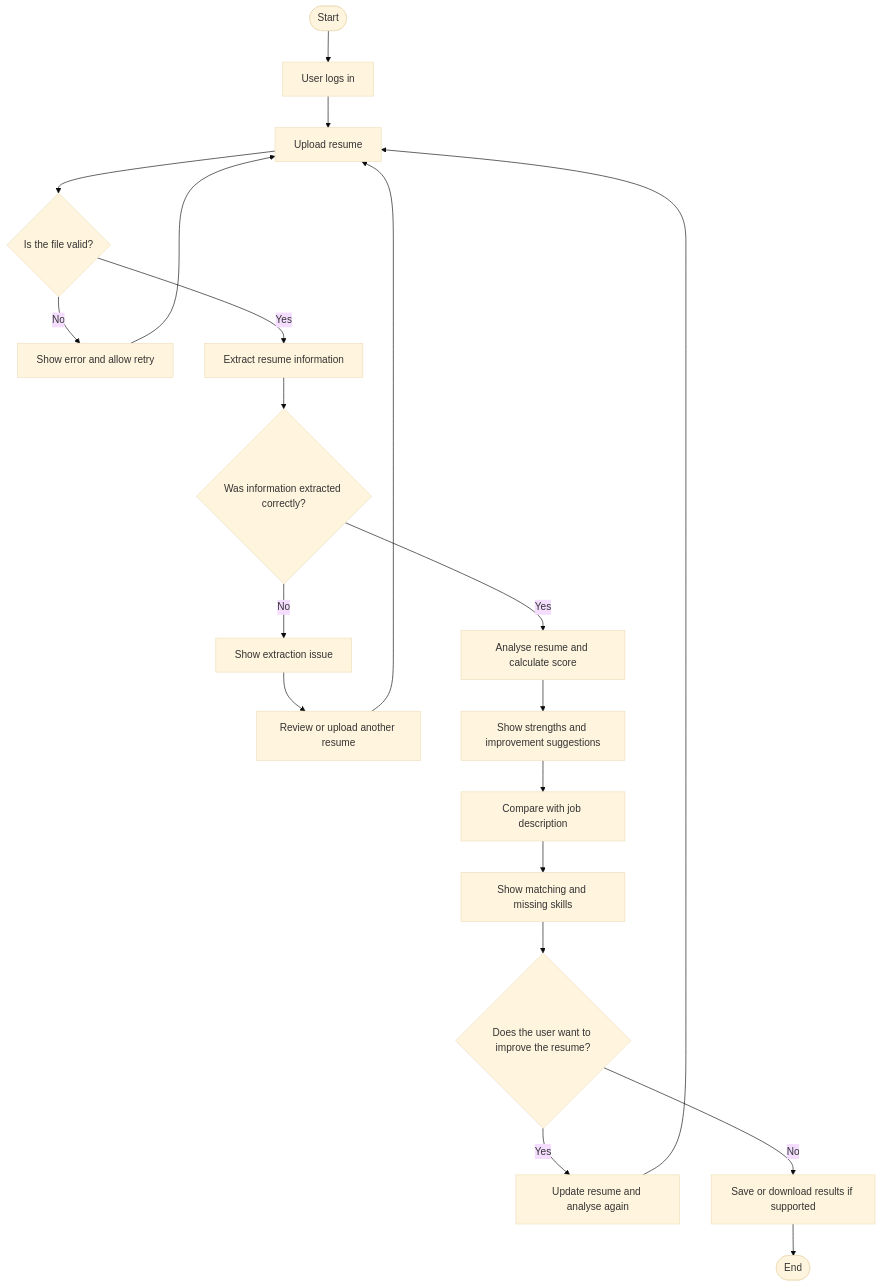
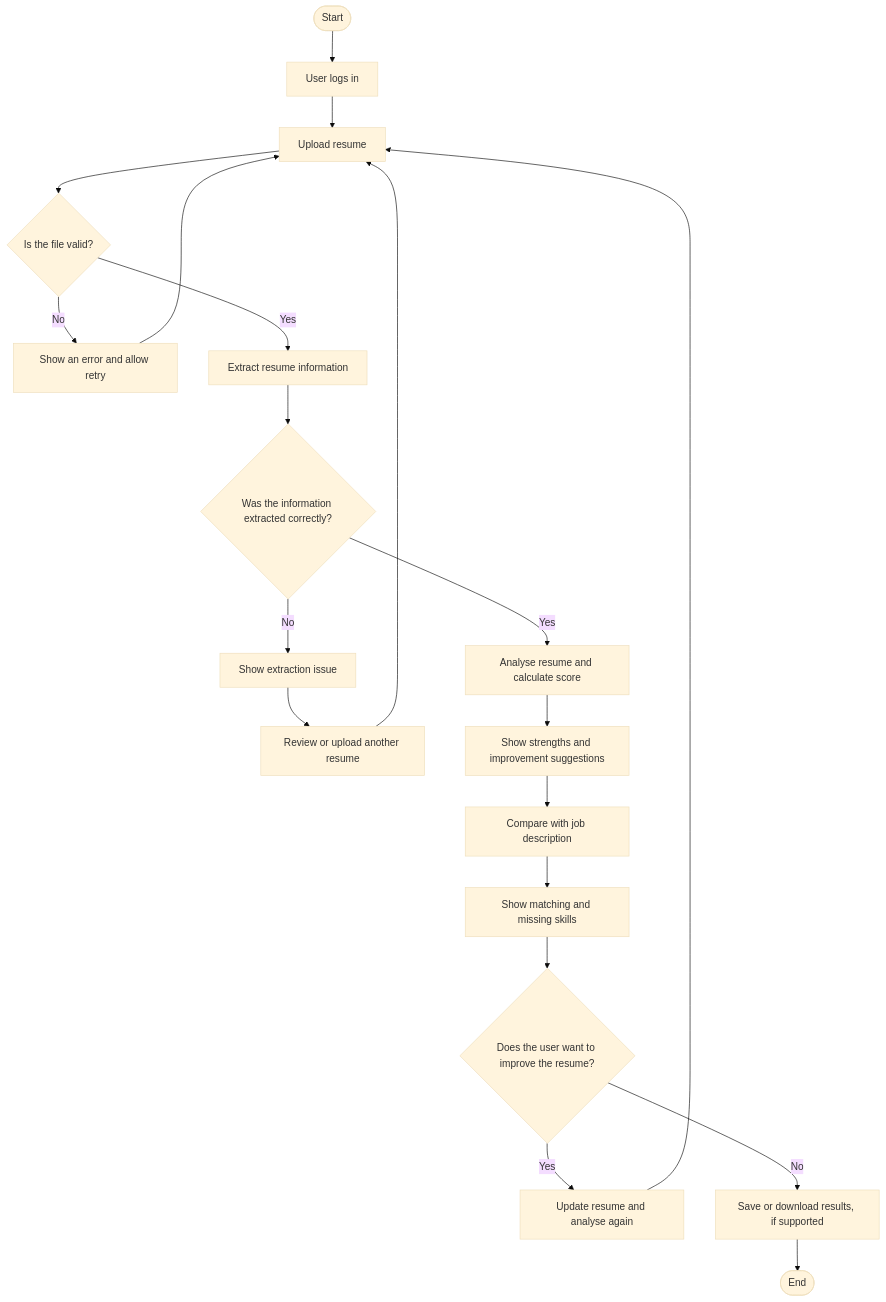
One commit to Tanvii13/Resume-Analyzer-for-College-Placements changed the first of 2 diagrams in README.md. Above: the diagram before and after it, drawn with Mermaid (base theme). The commit also changed other lines of this file, not shown here.

````diff
--- a/README.md
+++ b/README.md
@@ -115,22 +56,22 @@
 ```mermaid
 flowchart TD
     A([Start]) --> B[User logs in]
     B --> C[Upload resume]
     C --> D{Is the file valid?}
-    D -- No --> E[Show error and allow retry]
+    D -- No --> E[Show an error and allow retry]
     E --> C
     D -- Yes --> F[Extract resume information]
-    F --> G{Was information extracted correctly?}
+    F --> G{Was the information extracted correctly?}
     G -- No --> H[Show extraction issue]
     H --> I[Review or upload another resume]
     I --> C
     G -- Yes --> J[Analyse resume and calculate score]
     J --> K[Show strengths and improvement suggestions]
     K --> L[Compare with job description]
     L --> M[Show matching and missing skills]
     M --> N{Does the user want to improve the resume?}
     N -- Yes --> O[Update resume and analyse again]
     O --> C
-    N -- No --> P[Save or download results if supported]
+    N -- No --> P[Save or download results, if supported]
     P --> Q([End])
 ```
````
